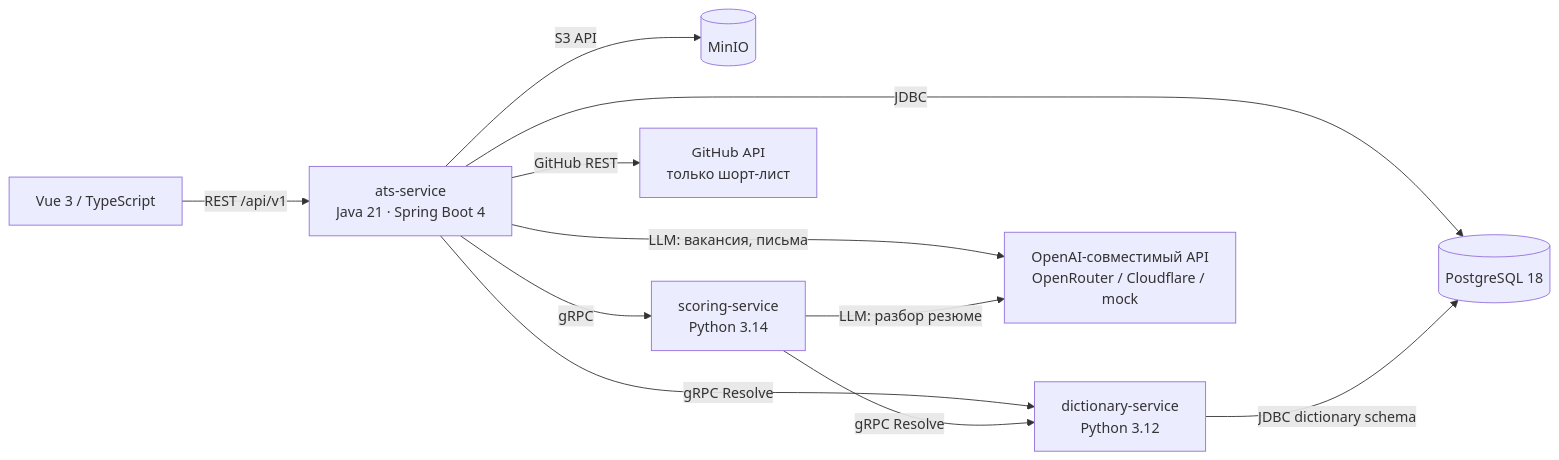
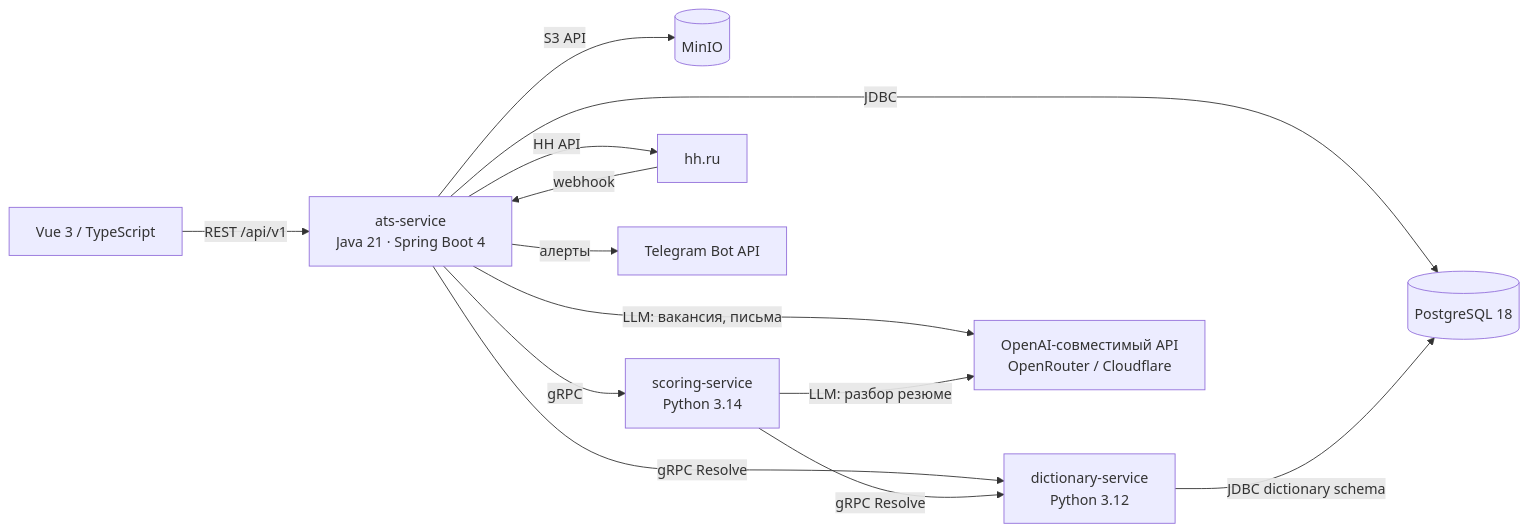
One commit to MiZentUi/tracing_ats changed the diagram in README.md. Above: the diagram before and after it, drawn with Mermaid. The commit also changed other lines of this file, not shown here.

````diff
--- a/README.md
+++ b/README.md
@@ -133,13 +11,15 @@
 ```mermaid
 flowchart LR
     UI["Vue 3 / TypeScript"] -->|REST /api/v1| ATS["ats-service<br/>Java 21 · Spring Boot 4"]
     ATS -->|JDBC| PG[("PostgreSQL 18")]
     ATS -->|S3 API| S3[("MinIO")]
     ATS -->|gRPC| SC["scoring-service<br/>Python 3.14"]
     ATS -->|gRPC Resolve| DICT["dictionary-service<br/>Python 3.12"]
     SC -->|gRPC Resolve| DICT
-    ATS -->|LLM: вакансия, письма| LLM["OpenAI-совместимый API<br/>OpenRouter / Cloudflare / mock"]
+    DICT -->|JDBC dictionary schema| PG
+    ATS -->|LLM: вакансия, письма| LLM["OpenAI-совместимый API<br/>OpenRouter / Cloudflare"]
     SC -->|LLM: разбор резюме| LLM
-    ATS -->|GitHub REST| GH["GitHub API<br/>только шорт-лист"]
-    DICT -->|JDBC dictionary schema| PG
+    ATS -->|HH API| HH["hh.ru"]
+    HH -->|webhook| ATS
+    ATS -->|алерты| TG["Telegram Bot API"]
 ```
````
